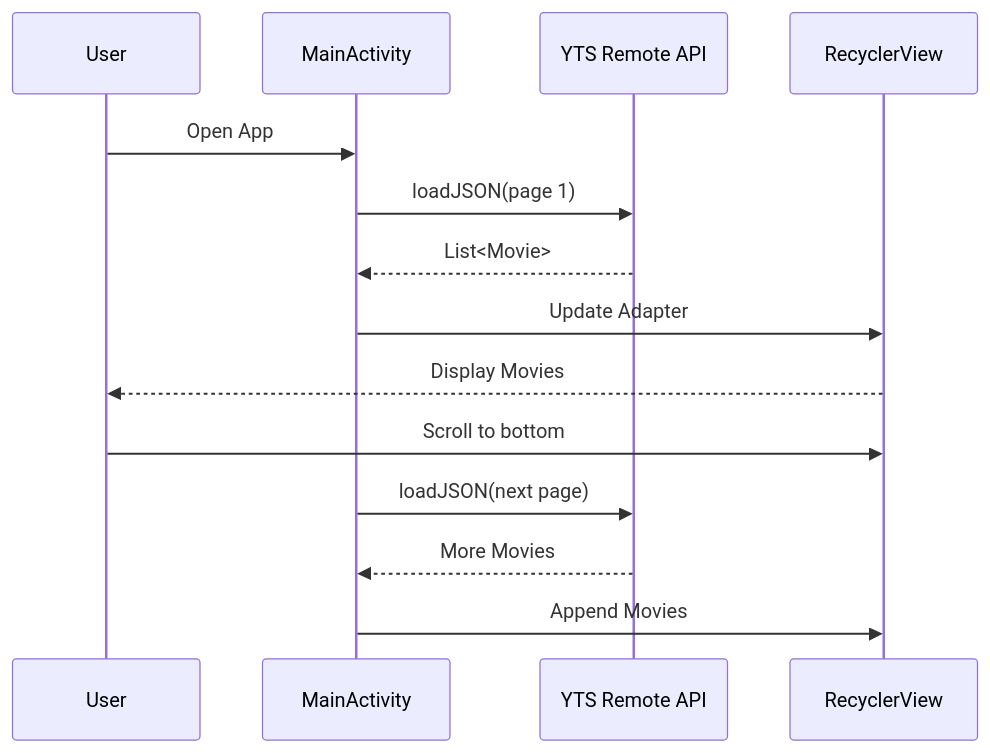
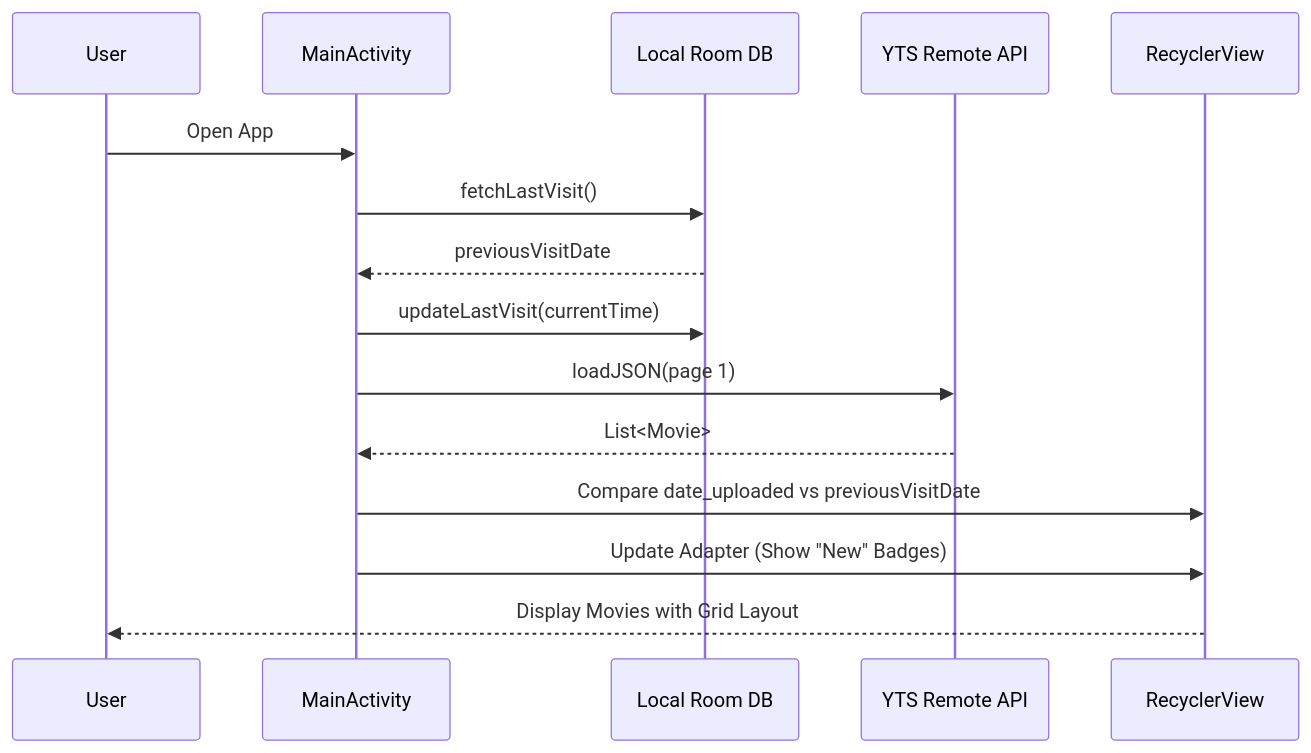
One commit to martinrevert/LaTorrentola changed the second of 4 diagrams in README.md. Above: the diagram before and after it, drawn with Mermaid. The commit also changed other lines of this file, not shown here.

````diff
--- a/README.md
+++ b/README.md
@@ -82,17 +88,18 @@
 ```mermaid
 sequenceDiagram
     participant User
     participant MainActivity
+    participant RoomDB as Local Room DB
     participant YTS_API as YTS Remote API
     participant RecyclerView
 
     User->>MainActivity: Open App
+    MainActivity->>RoomDB: fetchLastVisit()
+    RoomDB-->>MainActivity: previousVisitDate
+    MainActivity->>RoomDB: updateLastVisit(currentTime)
     MainActivity->>YTS_API: loadJSON(page 1)
     YTS_API-->>MainActivity: List<Movie>
-    MainActivity->>RecyclerView: Update Adapter
-    RecyclerView-->>User: Display Movies
-    User->>RecyclerView: Scroll to bottom
-    MainActivity->>YTS_API: loadJSON(next page)
-    YTS_API-->>MainActivity: More Movies
-    MainActivity->>RecyclerView: Append Movies
+    MainActivity->>RecyclerView: Compare date_uploaded vs previousVisitDate
+    MainActivity->>RecyclerView: Update Adapter (Show "New" Badges)
+    RecyclerView-->>User: Display Movies with Grid Layout
 ```
````
